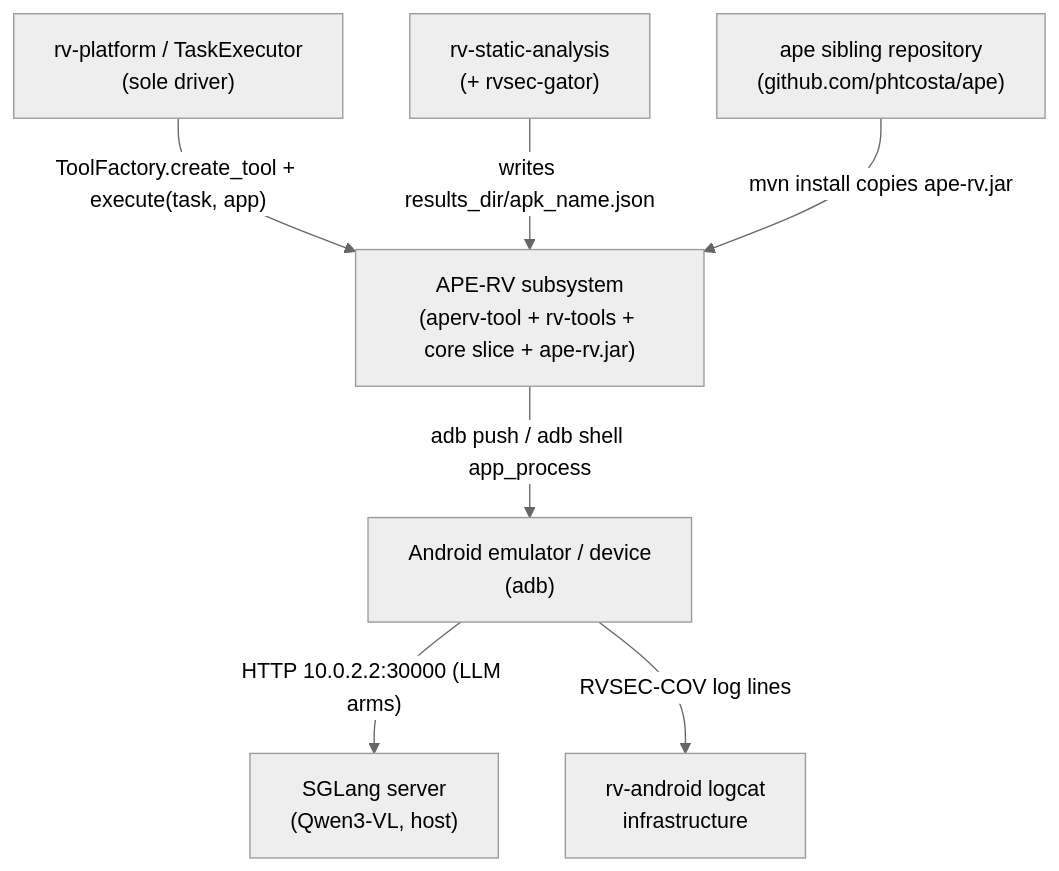
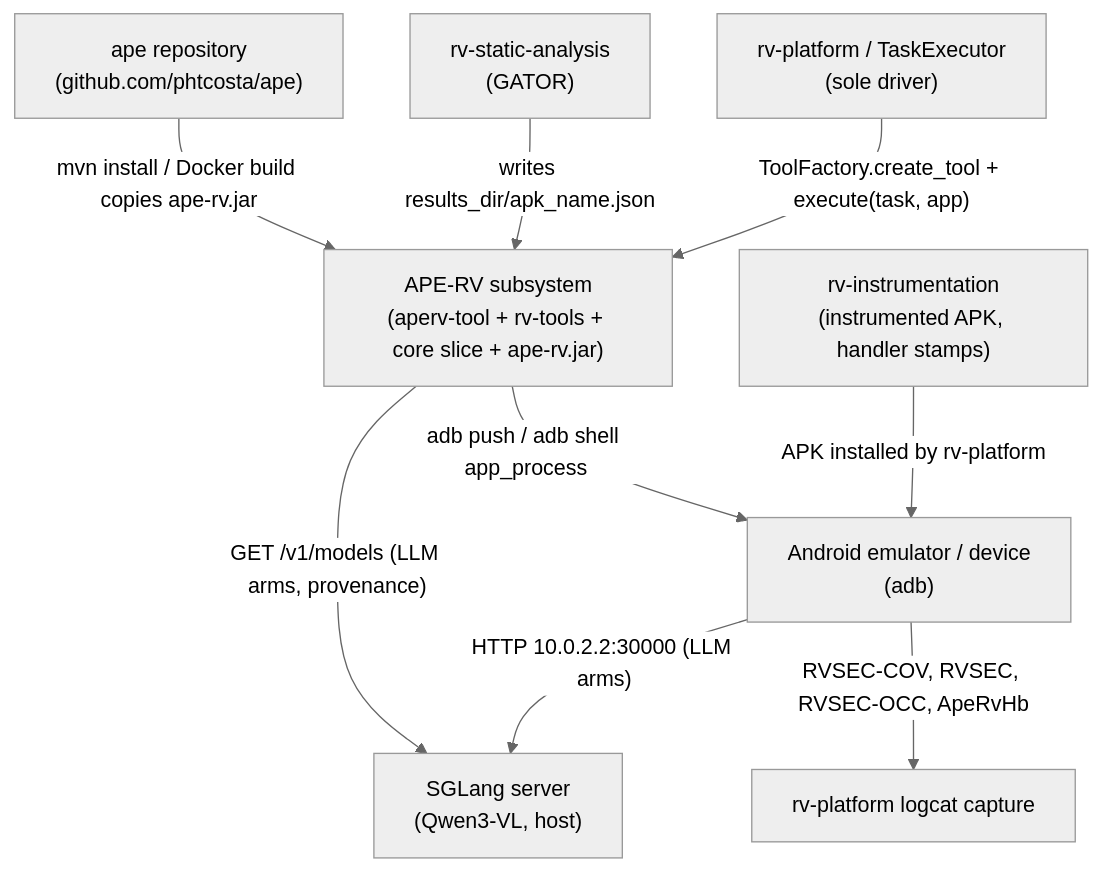
One commit to PAMunb/rvsec changed the first of 5 diagrams in rv-android/docs/architecture/ape-rv.md. Above: the diagram before and after it, drawn with Mermaid. The commit also changed other lines of this file and 7 other files, not shown here.

````diff
--- a/rv-android/docs/architecture/ape-rv.md
+++ b/rv-android/docs/architecture/ape-rv.md
@@ -135,18 +169,21 @@
 ```mermaid
 %%{init: {'theme': 'neutral'}}%%
 flowchart TB
     platform["rv-platform / TaskExecutor<br/>(sole driver)"]
-    static["rv-static-analysis<br/>(+ rvsec-gator)"]
+    static["rv-static-analysis<br/>(GATOR)"]
+    instr["rv-instrumentation<br/>(instrumented APK, handler stamps)"]
     aperv["APE-RV subsystem<br/>(aperv-tool + rv-tools + core slice + ape-rv.jar)"]
     emulator["Android emulator / device<br/>(adb)"]
     sglang["SGLang server<br/>(Qwen3-VL, host)"]
-    logcat["rv-android logcat<br/>infrastructure"]
-    aperepo["ape sibling repository<br/>(github.com/phtcosta/ape)"]
+    logcat["rv-platform logcat capture"]
+    aperepo["ape repository<br/>(github.com/phtcosta/ape)"]
 
     platform -->|"ToolFactory.create_tool + execute(task, app)"| aperv
     static -->|"writes results_dir/apk_name.json"| aperv
+    instr -->|"APK installed by rv-platform"| emulator
     aperv -->|"adb push / adb shell app_process"| emulator
     emulator -->|"HTTP 10.0.2.2:30000 (LLM arms)"| sglang
-    emulator -->|"RVSEC-COV log lines"| logcat
-    aperepo -->|"mvn install copies ape-rv.jar"| aperv
+    aperv -->|"GET /v1/models (LLM arms, provenance)"| sglang
+    emulator -->|"RVSEC-COV, RVSEC, RVSEC-OCC, ApeRvHb"| logcat
+    aperepo -->|"mvn install / Docker build copies ape-rv.jar"| aperv
 ```
````
